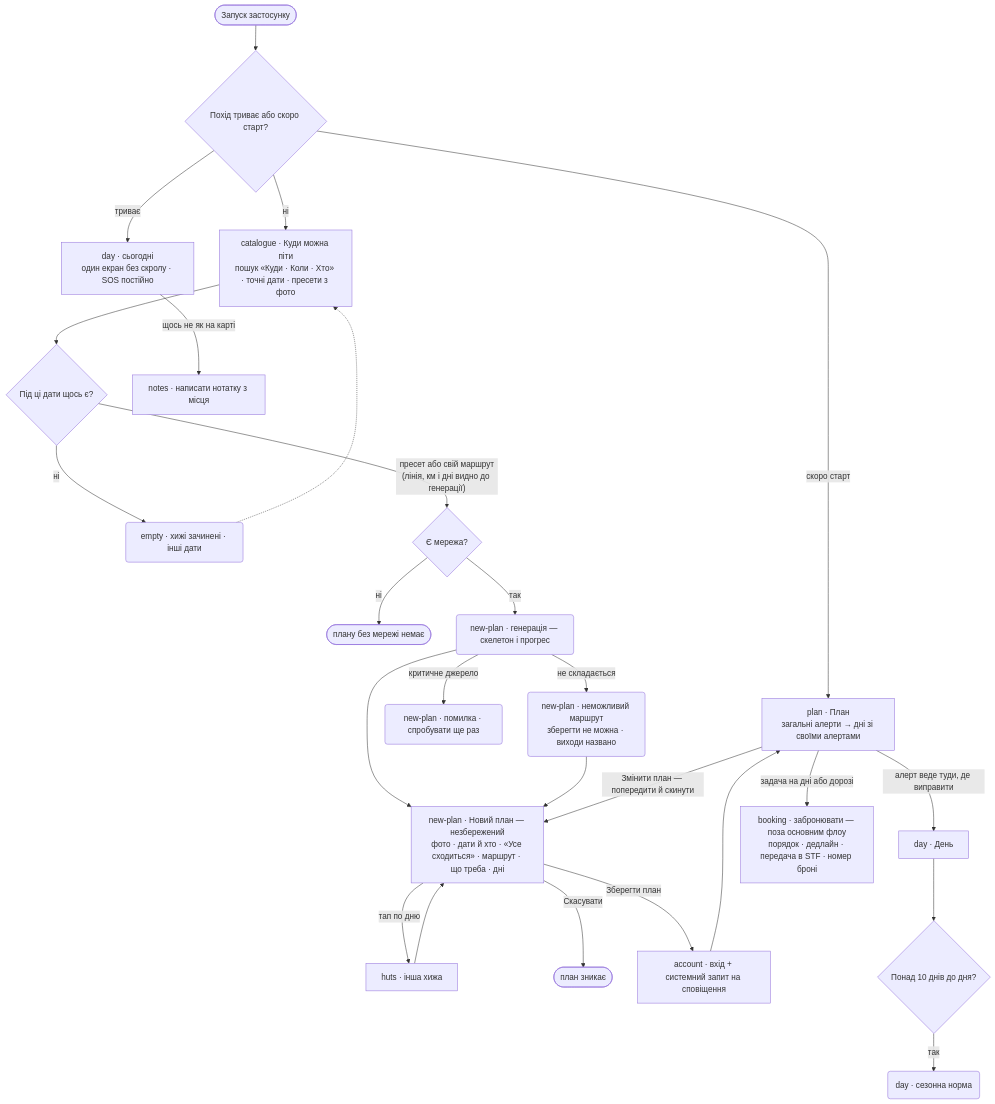
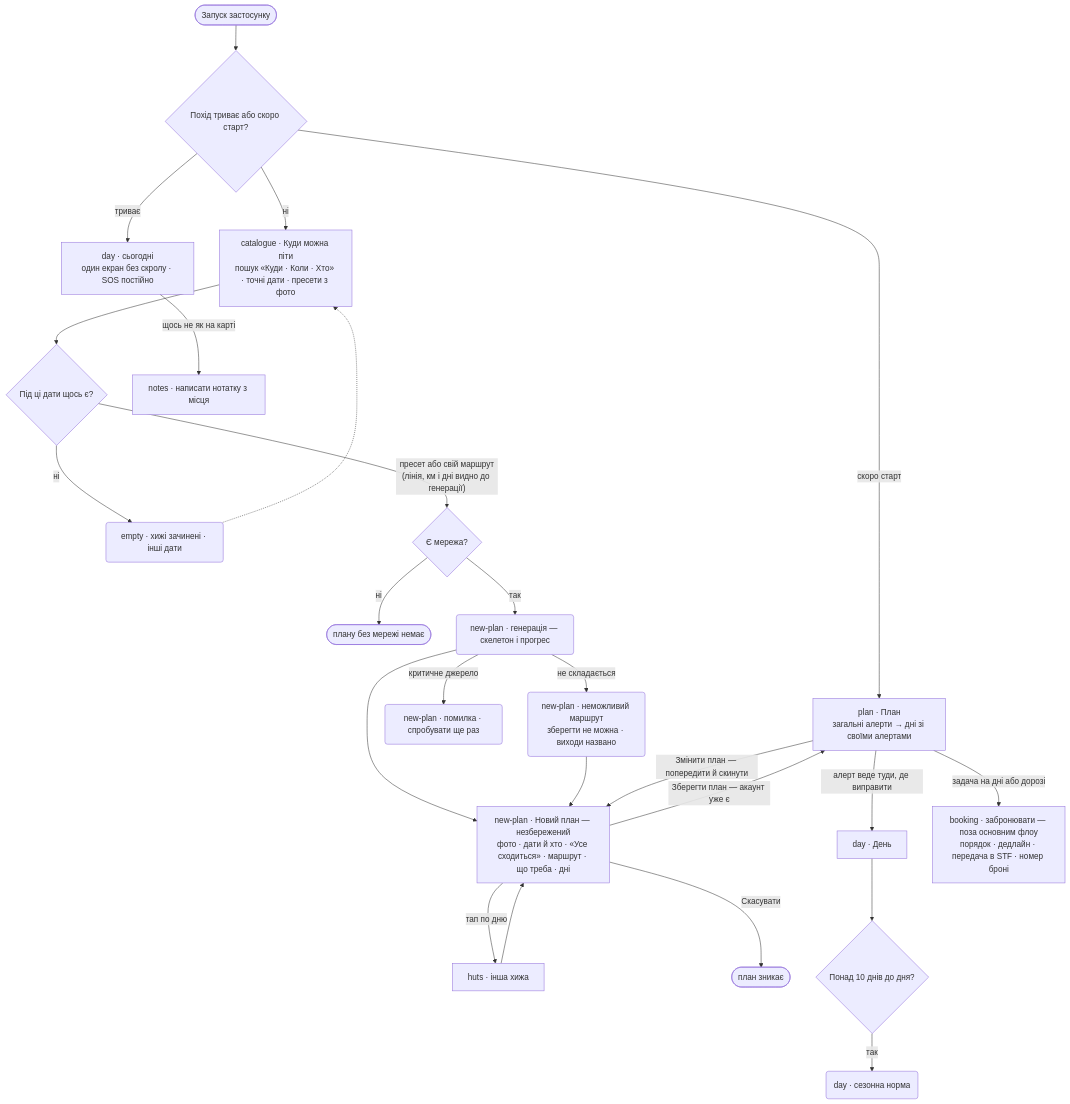
The first of 6 diagrams in docs/wireframes/flows.md (allaostrovaya/nestwood), drawn with Mermaid before and after one commit. The commit also changed other lines of this file and 83 other files, not shown here.

First line of the commit message:
Вхід — поза основним флоу: «Зберегти план» веде одразу в план

````diff
--- a/docs/wireframes/flows.md
+++ b/docs/wireframes/flows.md
@@ -28,28 +28,27 @@
 ```mermaid
 flowchart TD
     START(["Запуск застосунку"]) --> QACT{"Похід триває або скоро старт?"}
     QACT -->|"триває"| today["day · сьогодні<br/>один екран без скролу · SOS постійно"]
     QACT -->|"скоро старт"| plan
     QACT -->|ні| catalogue["catalogue · Куди можна піти<br/>пошук «Куди · Коли · Хто» · точні дати · пресети з фото"]
     catalogue --> QFIT{"Під ці дати щось є?"}
     QFIT -->|ні| NOFIT("empty · хижі зачинені · інші дати")
     NOFIT -.-> catalogue
     QFIT -->|"пресет або свій маршрут<br/>(лінія, км і дні видно до генерації)"| QGEN{"Є мережа?"}
     QGEN -->|ні| ENDGEN(["плану без мережі немає"])
     QGEN -->|так| GEN("new-plan · генерація — скелетон і прогрес")
     GEN -->|"критичне джерело"| ERR("new-plan · помилка · спробувати ще раз")
     GEN -->|"не складається"| CONF("new-plan · неможливий маршрут<br/>зберегти не можна · виходи названо")
     GEN --> new["new-plan · Новий план — незбережений<br/>фото · дати й хто · «Усе сходиться» · маршрут · що треба · дні"]
     CONF --> new
     new -->|"тап по дню"| huts["huts · інша хижа"]
     huts --> new
     new -->|"Скасувати"| GONE(["план зникає"])
-    new -->|"Зберегти план"| account["account · вхід + системний запит на сповіщення"]
-    account --> plan["plan · План<br/>загальні алерти → дні зі своїми алертами"]
+    new -->|"Зберегти план — акаунт уже є"| plan["plan · План<br/>загальні алерти → дні зі своїми алертами"]
     plan -->|"алерт веде туди, де виправити"| day["day · День"]
     plan -->|"задача на дні або дорозі"| booking["booking · забронювати — поза основним флоу<br/>порядок · дедлайн · передача в STF · номер броні"]
     plan -->|"Змінити план — попередити й скинути"| new
     day --> QHOR{"Понад 10 днів до дня?"}
     QHOR -->|так| NORM("day · сезонна норма")
     today -->|"щось не як на карті"| notes["notes · написати нотатку з місця"]
 ```
````
